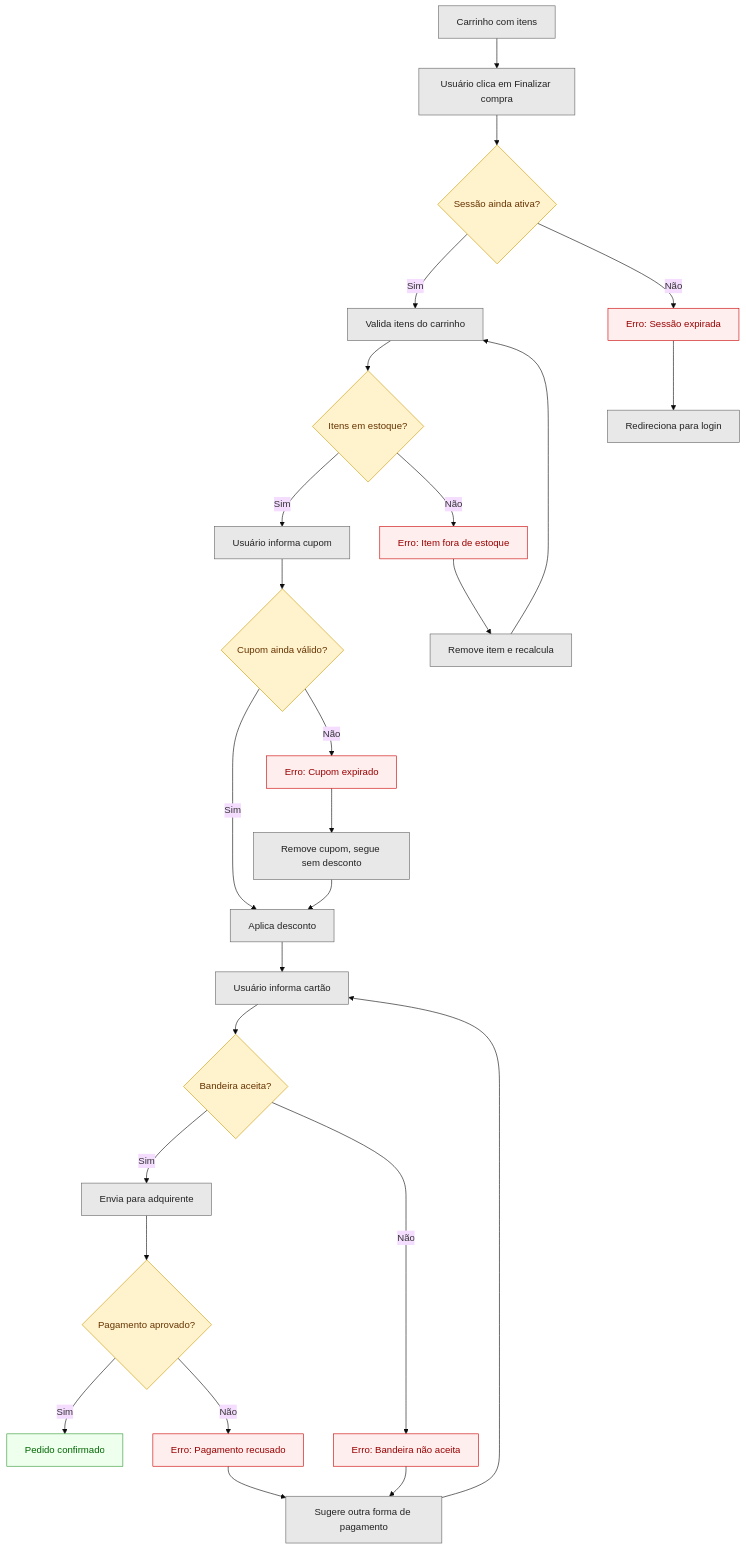
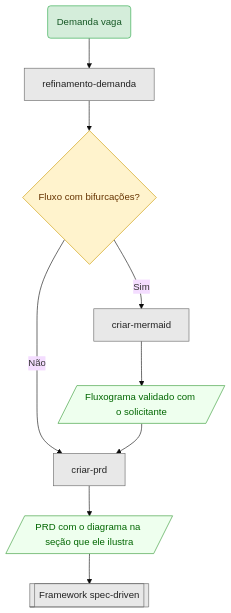
Before and after one commit to estrazulas/skills: the fourth of 4 diagrams in skills/requisitos/criar-mermaid/README.md, drawn with Mermaid. The commit also changed other lines of this file and 2 other files, not shown here.

First line of the commit message:
docs: nivela READMEs de criar-prd e criar-mermaid, e fecha a cadeia ate issues

````diff
--- a/skills/requisitos/criar-mermaid/README.md
+++ b/skills/requisitos/criar-mermaid/README.md
@@ -183,40 +187,22 @@
 ```mermaid
 %%{init: {'theme': 'base'}}%%
 graph TD
-    A[Carrinho com itens] --> B[Usuário clica em Finalizar compra]
-    B --> C{Sessão ainda ativa?}
-    C -->|Sim| D[Valida itens do carrinho]
-    C -->|Não| E[Erro: Sessão expirada]
-    E --> F[Redireciona para login]
-    D --> G{Itens em estoque?}
-    G -->|Sim| H[Usuário informa cupom]
-    G -->|Não| I[Erro: Item fora de estoque]
-    I --> J[Remove item e recalcula]
-    J --> D
-    H --> K{Cupom ainda válido?}
-    K -->|Sim| L[Aplica desconto]
-    K -->|Não| M[Erro: Cupom expirado]
-    M --> N[Remove cupom, segue sem desconto]
-    N --> L
-    L --> O[Usuário informa cartão]
-    O --> P{Bandeira aceita?}
-    P -->|Sim| Q[Envia para adquirente]
-    P -->|Não| R[Erro: Bandeira não aceita]
-    R --> S[Sugere outra forma de pagamento]
-    S --> O
-    Q --> T{Pagamento aprovado?}
-    T -->|Sim| U[Pedido confirmado]
-    T -->|Não| V[Erro: Pagamento recusado]
-    V --> S
+  A(Demanda vaga) --> B[refinamento-demanda]
+  B --> C{Fluxo com bifurcações?}
+  C -->|Sim| D[criar-mermaid]
+  C -->|Não| E[criar-prd]
+  D --> F[/Fluxograma validado com o solicitante/]
+  F --> E
+  E --> G[/PRD com o diagrama na seção que ele ilustra/]
+  G --> H[[Framework spec-driven]]
 
-classDef error fill:#fee,color:#900,stroke:#c00
-classDef success fill:#efe,color:#060,stroke:#393
-classDef decision fill:#fff3cd,color:#630,stroke:#c90
-classDef action fill:#e8e8e8,color:#222,stroke:#666
-classDef startend fill:#d4edda,color:#155724,stroke:#28a745
+  classDef success fill:#efe,color:#060,stroke:#393
+  classDef decision fill:#fff3cd,color:#630,stroke:#c90
+  classDef action fill:#e8e8e8,color:#222,stroke:#666
+  classDef startend fill:#d4edda,color:#155724,stroke:#28a745
 
-class E,I,M,R,V error
-class U success
-class C,G,K,P,T decision
-class A,B,D,F,H,J,L,N,O,Q,S action
+  class F,G success
+  class C decision
+  class B,D,E,H action
+  class A startend
 ```
````
